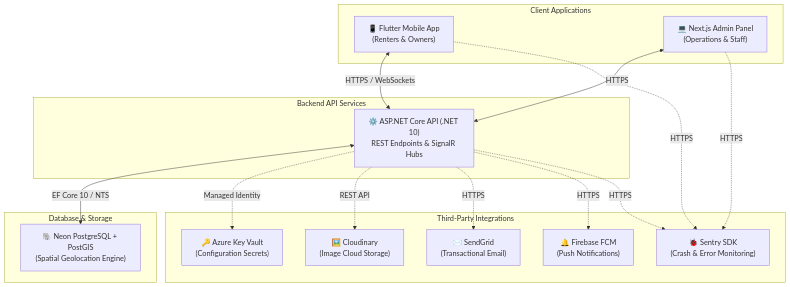
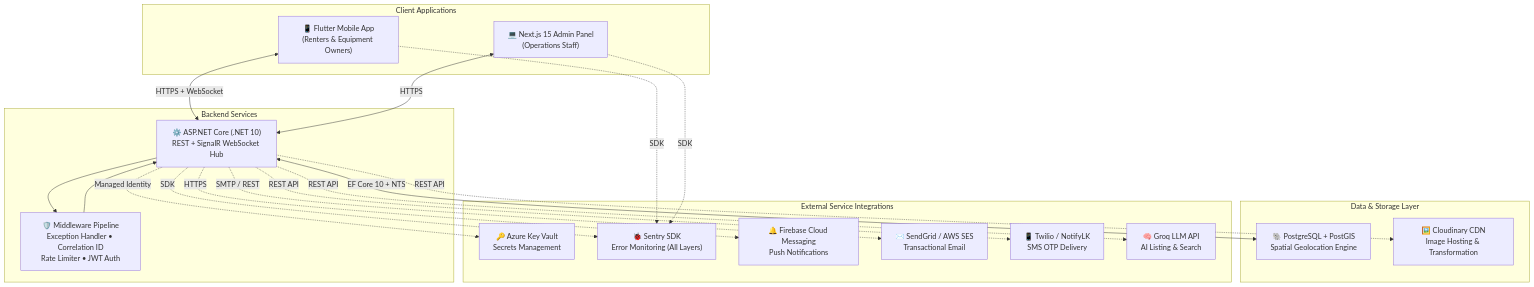
One commit to sasindu345/RentLanka changed the first of 5 diagrams in README.md. Above: the diagram before and after it, drawn with Mermaid. The commit also changed other lines of this file, not shown here.

````diff
--- a/README.md
+++ b/README.md
@@ -37,35 +65,41 @@
 ```mermaid
 graph TD
     subgraph Clients ["Client Applications"]
-        Flutter["📱 Flutter Mobile App<br/>(Renters & Owners)"]
-        NextJS["💻 Next.js Admin Panel<br/>(Operations & Staff)"]
+        Flutter["📱 Flutter Mobile App<br/>(Renters & Equipment Owners)"]
+        NextJS["💻 Next.js 15 Admin Panel<br/>(Operations Staff)"]
     end
 
-    subgraph Backend ["Backend API Services"]
-        API["⚙️ ASP.NET Core API (.NET 10)<br/>REST Endpoints & SignalR Hubs"]
+    subgraph Backend ["Backend Services"]
+        API["⚙️ ASP.NET Core (.NET 10)<br/>REST + SignalR WebSocket Hub"]
+        Middleware["🛡️ Middleware Pipeline<br/>Exception Handler • Correlation ID<br/>Rate Limiter • JWT Auth"]
     end
 
-    subgraph Storage ["Database & Storage"]
-        Postgres["🐘 Neon PostgreSQL + PostGIS<br/>(Spatial Geolocation Engine)"]
+    subgraph Data ["Data & Storage Layer"]
+        Postgres["🐘 PostgreSQL + PostGIS<br/>Spatial Geolocation Engine"]
+        Cloudinary["🖼️ Cloudinary CDN<br/>Image Hosting & Transformation"]
     end
 
-    subgraph ThirdParty ["Third-Party Integrations"]
-        KeyVault["🔑 Azure Key Vault<br/>(Configuration Secrets)"]
-        Cloudinary["🖼️ Cloudinary<br/>(Image Cloud Storage)"]
-        Sentry["🐞 Sentry SDK<br/>(Crash & Error Monitoring)"]
-        FCM["🔔 Firebase FCM<br/>(Push Notifications)"]
-        SendGrid["✉️ SendGrid<br/>(Transactional Email)"]
+    subgraph External ["External Service Integrations"]
+        KeyVault["🔑 Azure Key Vault<br/>Secrets Management"]
+        Sentry["🐞 Sentry SDK<br/>Error Monitoring (All Layers)"]
+        FCM["🔔 Firebase Cloud Messaging<br/>Push Notifications"]
+        Email["✉️ SendGrid / AWS SES<br/>Transactional Email"]
+        SMS["📱 Twilio / NotifyLK<br/>SMS OTP Delivery"]
+        AI["🧠 Groq LLM API<br/>AI Listing & Search"]
     end
 
-    %% Connections
-    Flutter <-->|HTTPS / WebSockets| API
+    Flutter <-->|HTTPS + WebSocket| API
     NextJS <-->|HTTPS| API
-    API <-->|EF Core 10 / NTS| Postgres
+    API --> Middleware
+    Middleware --> API
+    API <-->|EF Core 10 + NTS| Postgres
+    API -.->|REST API| Cloudinary
     API -.->|Managed Identity| KeyVault
-    API -.->|REST API| Cloudinary
-    API -.->|HTTPS| SendGrid
     API -.->|HTTPS| FCM
-    API -.->|HTTPS| Sentry
-    Flutter -.->|HTTPS| Sentry
-    NextJS -.->|HTTPS| Sentry
+    API -.->|SMTP / REST| Email
+    API -.->|REST API| SMS
+    API -.->|REST API| AI
+    Flutter -.->|SDK| Sentry
+    NextJS -.->|SDK| Sentry
+    API -.->|SDK| Sentry
 ```
````
